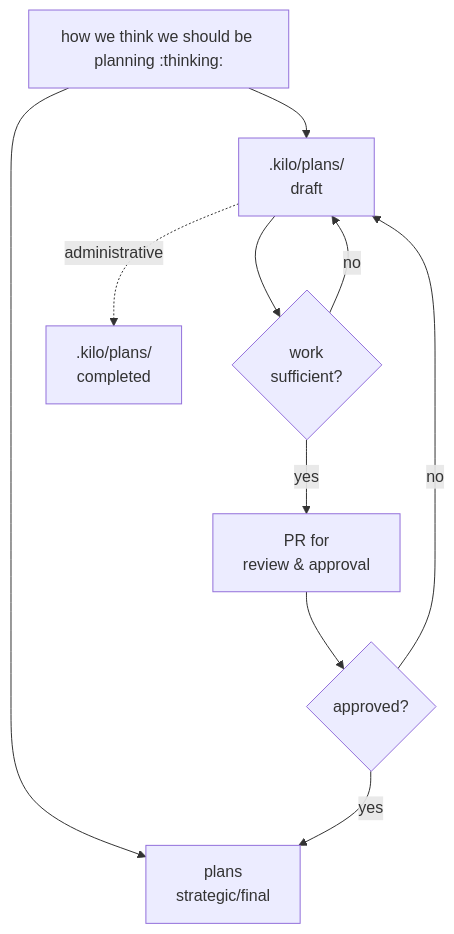
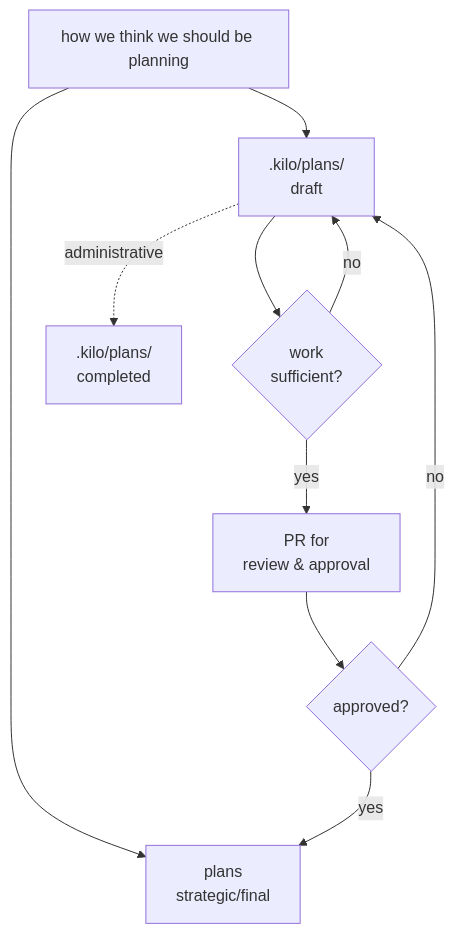
Before and after one commit to stellardreams/asi.surge.sh: the first of 3 diagrams in .kilo/plans/README.md, drawn with Mermaid.

````diff
--- a/.kilo/plans/README.md
+++ b/.kilo/plans/README.md
@@ -17,12 +17,12 @@
 ```mermaid
 flowchart TD
-    A[how we think we should be planning :thinking:] --> B[plans<br/>strategic/final]
+    A[how we think we should be planning] --> B[plans<br/>strategic/final]
     A --> C[.kilo/plans/<br/>draft]
     C --> D{work<br/>sufficient?}
     D -->|no| C
     D -->|yes| E[PR for<br/>review & approval]
     E --> F{approved?}
     F -->|no| C
     F -->|yes| B
     C -.->|administrative| G[.kilo/plans/<br/>completed]
 ```
````
